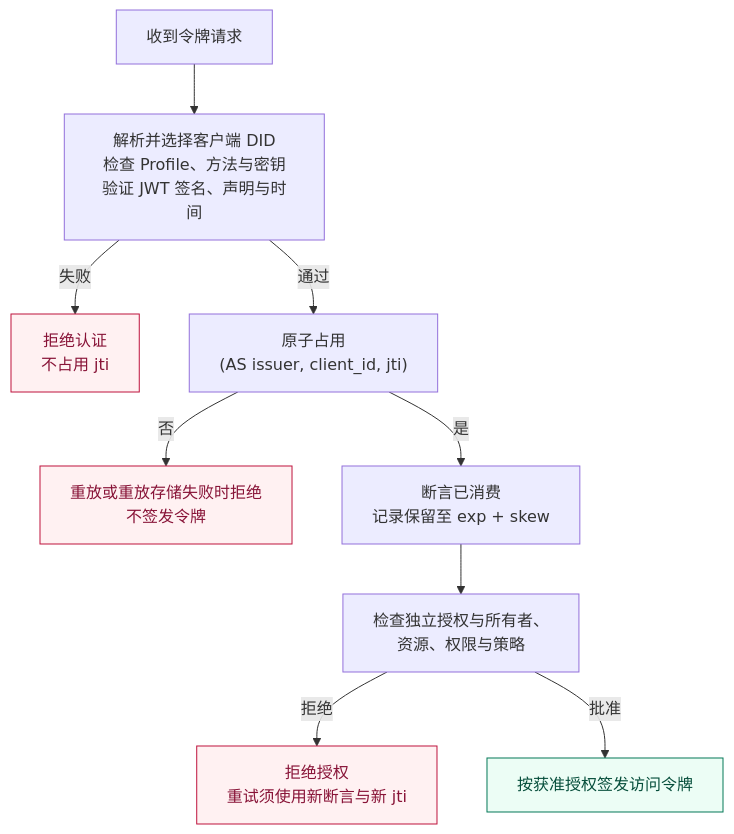
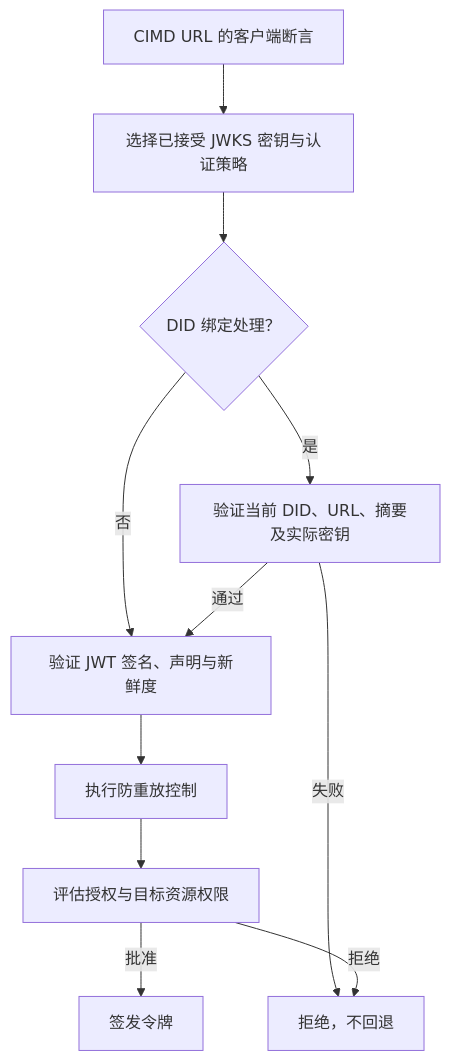
The fourth of 7 diagrams in chinese/05-ANP-基于DID的授权协议.md (agent-network-protocol/AgentNetworkProtocol), drawn with Mermaid before and after one commit. The commit also changed other lines of this file and 12 other files, not shown here.

````diff
--- a/chinese/05-ANP-基于DID的授权协议.md
+++ b/chinese/05-ANP-基于DID的授权协议.md
@@ -434,24 +386,13 @@
 ```mermaid
 flowchart TD
-  Request["收到令牌请求"]
-  Checks["解析并选择客户端 DID<br/>检查 Profile、方法与密钥<br/>验证 JWT 签名、声明与时间"]
-  BeforeReject["拒绝认证<br/>不占用 jti"]
-  Reserve["原子占用<br/>(AS issuer, client_id, jti)"]
-  ReplayReject["重放或重放存储失败时拒绝<br/>不签发令牌"]
-  Consumed["断言已消费<br/>记录保留至 exp + skew"]
-  Grant["检查独立授权与所有者、<br/>资源、权限与策略"]
-  GrantReject["拒绝授权<br/>重试须使用新断言与新 jti"]
-  Issue["按获准授权签发访问令牌"]
-  Request --> Checks
-  Checks -->|"失败"| BeforeReject
-  Checks -->|"通过"| Reserve
-  Reserve -->|"否"| ReplayReject
-  Reserve -->|"是"| Consumed
-  Consumed --> Grant
-  Grant -->|"拒绝"| GrantReject
-  Grant -->|"批准"| Issue
-  classDef reject fill:#fff1f2,stroke:#be123c,color:#881337
-  class BeforeReject,ReplayReject,GrantReject reject
-  classDef allow fill:#ecfdf5,stroke:#047857,color:#064e3b
-  class Issue allow
+  Input["CIMD URL 的客户端断言"] --> Keys["选择已接受 JWKS 密钥与认证策略"]
+  Keys --> Mode{"DID 绑定处理？"}
+  Mode -->|"是"| DID["验证当前 DID、URL、摘要及实际密钥"]
+  Mode -->|"否"| JWT["验证 JWT 签名、声明与新鲜度"]
+  DID -->|"通过"| JWT
+  DID -->|"失败"| Reject["拒绝，不回退"]
+  JWT --> Replay["执行防重放控制"]
+  Replay --> Grant["评估授权与目标资源权限"]
+  Grant -->|"批准"| Token["签发令牌"]
+  Grant -->|"拒绝"| Reject
 ```
````
